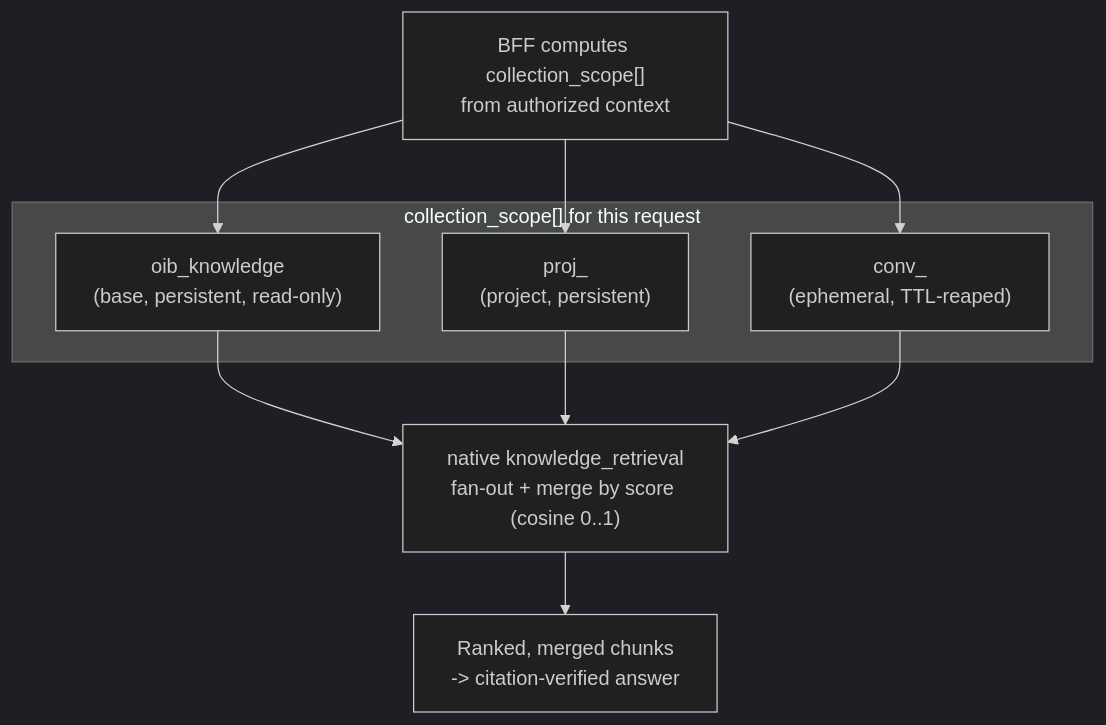
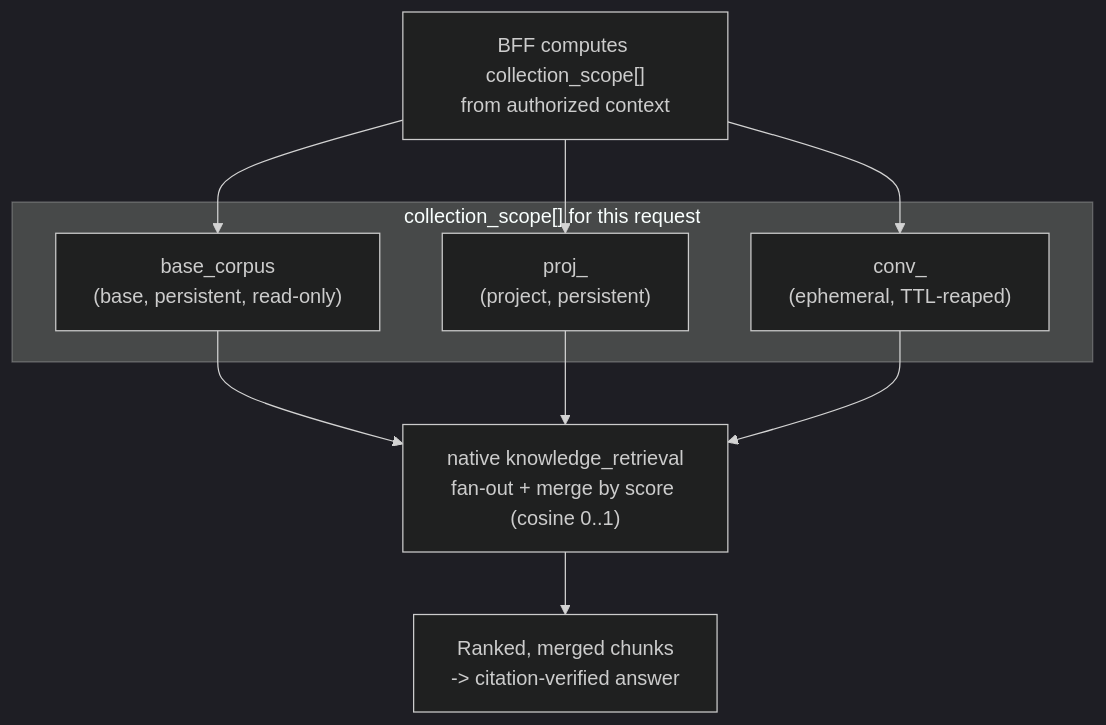
The eighth of 15 diagrams in docs/architecture/multitenancy-and-auth-spec.md (archos-at/archos), drawn with Mermaid (dark theme) before and after one commit. The commit also changed other lines of this file and 227 other files, not shown here.

First line of the commit message:
refactor(knowledge): the base corpus is base_corpus, not oib_knowledge, migrated by the backend itself

````diff
--- a/docs/architecture/multitenancy-and-auth-spec.md
+++ b/docs/architecture/multitenancy-and-auth-spec.md
@@ -423,19 +423,19 @@
 ```mermaid
 flowchart TB
     BFF["BFF computes collection_scope[]<br/>from authorized context"]
     subgraph Scope["collection_scope[] for this request"]
-        Base["oib_knowledge<br/>(base, persistent, read-only)"]
+        Base["base_corpus<br/>(base, persistent, read-only)"]
         ProjC["proj_<projectId><br/>(project, persistent)"]
         ConvC["conv_<conversationId><br/>(ephemeral, TTL-reaped)"]
     end
     KR["native knowledge_retrieval<br/>fan-out + merge by score (cosine 0..1)"]
     Result["Ranked, merged chunks<br/>-> citation-verified answer"]
 
     BFF --> Base
     BFF --> ProjC
     BFF --> ConvC
     Base --> KR
     ProjC --> KR
     ConvC --> KR
     KR --> Result
 ```
````
